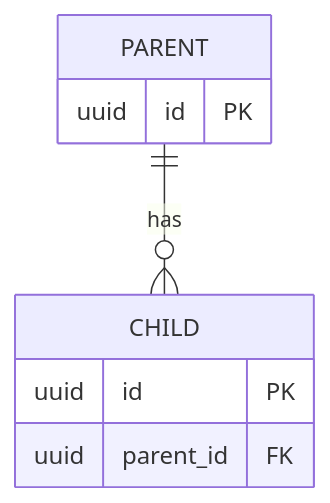
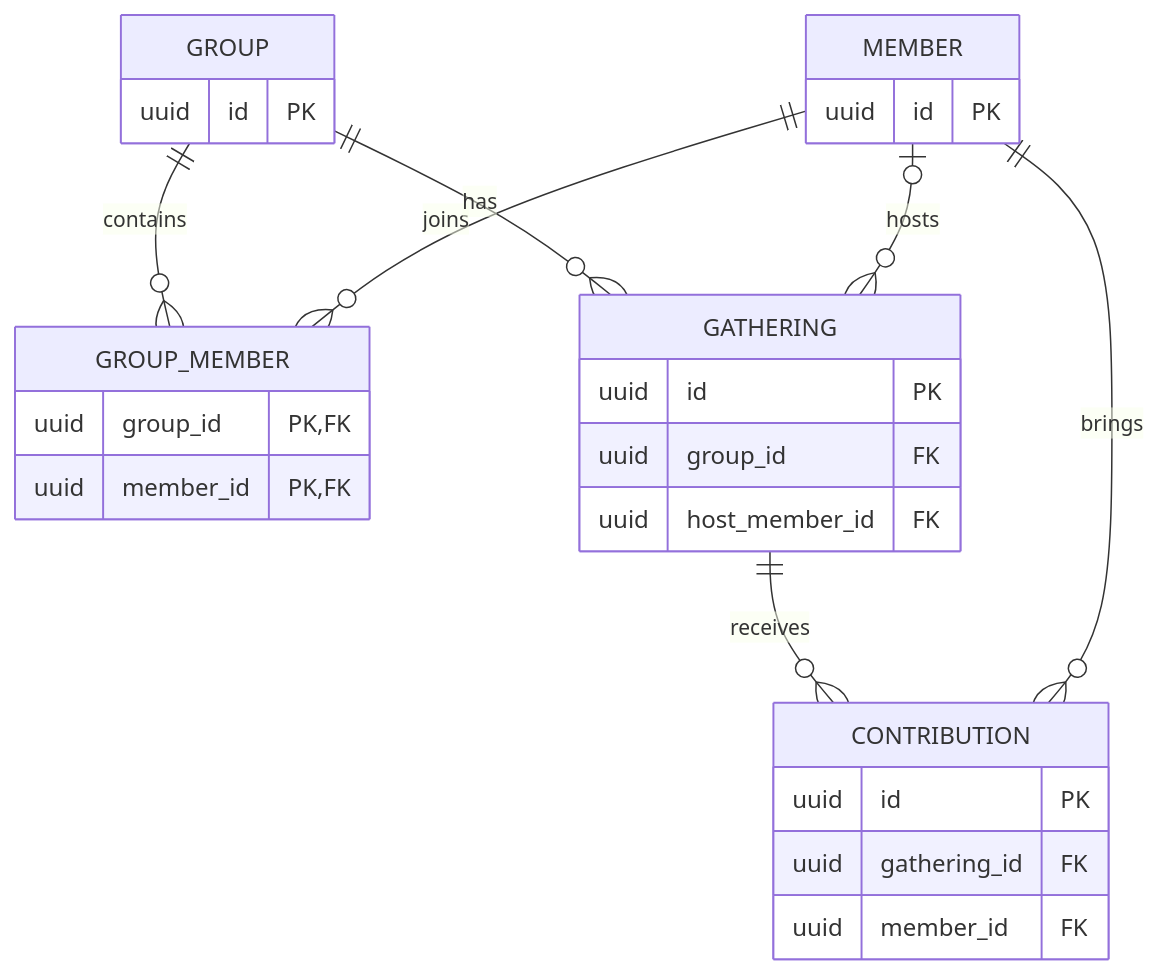
The diagram in docs/data-api-design.md (Jake-C4/INFO-C450-Team-Project), drawn with Mermaid before and after one commit. The commit also changed other lines of this file and 2 other files, not shown here.

````diff
--- a/docs/data-api-design.md
+++ b/docs/data-api-design.md
@@ -52,11 +83,34 @@
 ```mermaid
 erDiagram
-  PARENT ||--o{ CHILD : "has"
-  PARENT {
-    uuid id PK
-  }
-  CHILD {
-    uuid id PK
-    uuid parent_id FK
-  }
+    GROUP ||--o{ GROUP_MEMBER : contains
+    MEMBER ||--o{ GROUP_MEMBER : joins
+    GROUP ||--o{ GATHERING : has
+    MEMBER o|--o{ GATHERING : hosts
+    GATHERING ||--o{ CONTRIBUTION : receives
+    MEMBER ||--o{ CONTRIBUTION : brings
+
+    GROUP {
+        uuid id PK
+    }
+
+    MEMBER {
+        uuid id PK
+    }
+
+    GROUP_MEMBER {
+        uuid group_id PK, FK
+        uuid member_id PK, FK
+    }
+
+    GATHERING {
+        uuid id PK
+        uuid group_id FK
+        uuid host_member_id FK
+    }
+
+    CONTRIBUTION {
+        uuid id PK
+        uuid gathering_id FK
+        uuid member_id FK
+    }
 ```
````
